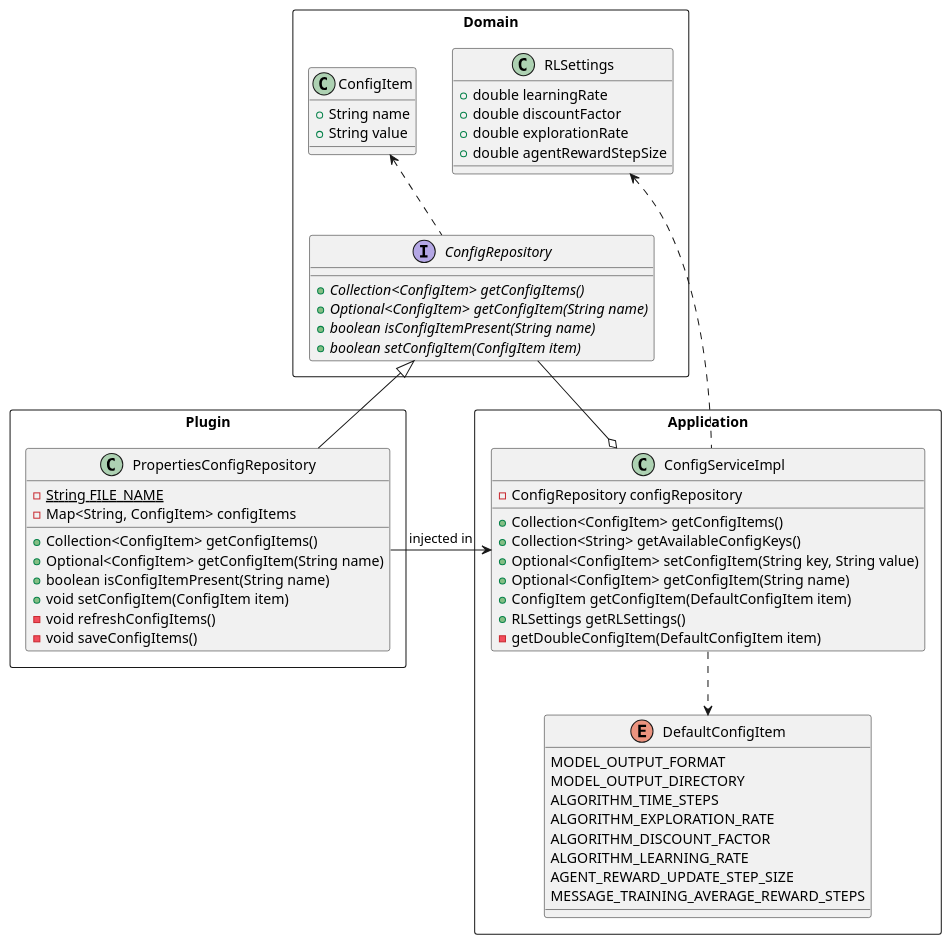
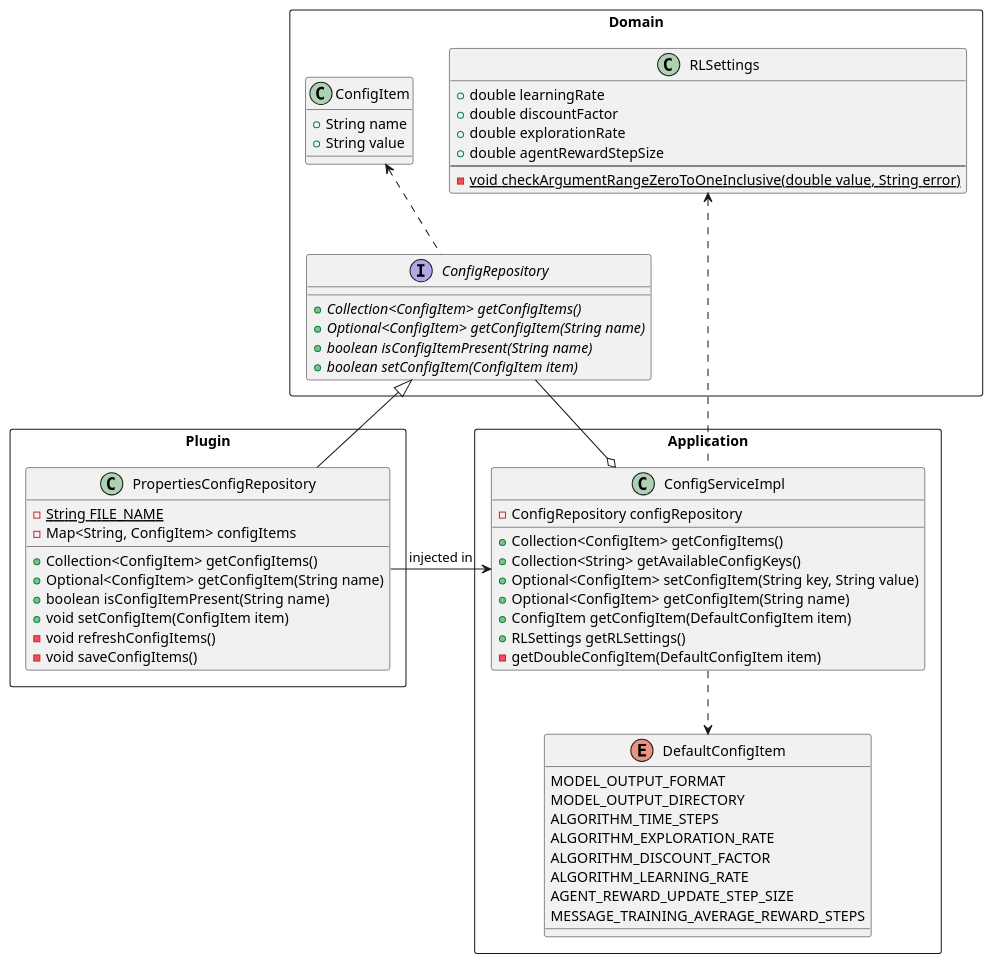
Before and after one commit to jatsqi/ASE-Reinforcement-Learning: the diagram in uml/dependencyRulePositiv.puml, drawn with PlantUML. The commit also changed 3 other files, not shown here.

```diff
--- a/uml/dependencyRulePositiv.puml
+++ b/uml/dependencyRulePositiv.puml
@@ -1,75 +1,77 @@
 @startuml
 
 package Domain <<Rectangle>> {
 
     interface ConfigRepository {
         +{abstract}Collection<ConfigItem> getConfigItems()
         +{abstract}Optional<ConfigItem> getConfigItem(String name)
         +{abstract}boolean isConfigItemPresent(String name)
         +{abstract}boolean setConfigItem(ConfigItem item)
     }
 
     class RLSettings {
         +double learningRate
         +double discountFactor
         +double explorationRate
         +double agentRewardStepSize
+        ---
+        -{static} void checkArgumentRangeZeroToOneInclusive(double value, String error)
     }
 
      class ConfigItem {
         +String name
         +String value
     }
 
 }
 
 package Application <<Rectangle>> {
     enum DefaultConfigItem {
         MODEL_OUTPUT_FORMAT
         MODEL_OUTPUT_DIRECTORY
         ALGORITHM_TIME_STEPS
         ALGORITHM_EXPLORATION_RATE
         ALGORITHM_DISCOUNT_FACTOR
         ALGORITHM_LEARNING_RATE
         AGENT_REWARD_UPDATE_STEP_SIZE
         MESSAGE_TRAINING_AVERAGE_REWARD_STEPS
     }
 
     class ConfigServiceImpl {
         -ConfigRepository configRepository
 
         +Collection<ConfigItem> getConfigItems()
         +Collection<String> getAvailableConfigKeys()
         +Optional<ConfigItem> setConfigItem(String key, String value)
         +Optional<ConfigItem> getConfigItem(String name)
         +ConfigItem getConfigItem(DefaultConfigItem item)
         +RLSettings getRLSettings()
         -getDoubleConfigItem(DefaultConfigItem item)
     }
 }
 
 package Plugin <<Rectangle>> {
     class PropertiesConfigRepository {
         -{static}String FILE_NAME
         -Map<String, ConfigItem> configItems
         +Collection<ConfigItem> getConfigItems()
         +Optional<ConfigItem> getConfigItem(String name)
         +boolean isConfigItemPresent(String name)
         +void setConfigItem(ConfigItem item)
         -void refreshConfigItems()
         -void saveConfigItems()
     }
 }
 
 RLSettings -[hidden]> ConfigItem
 
 RLSettings <.. ConfigServiceImpl
 ConfigItem <.. ConfigRepository
 'ConfigItem <.. ConfigServiceImpl
 'ConfigItem <.. PropertiesConfigRepository
 ConfigRepository <|-- PropertiesConfigRepository
 ConfigRepository --o ConfigServiceImpl
 PropertiesConfigRepository -> ConfigServiceImpl : injected in
 ConfigServiceImpl ..> DefaultConfigItem
 
 @enduml
```
